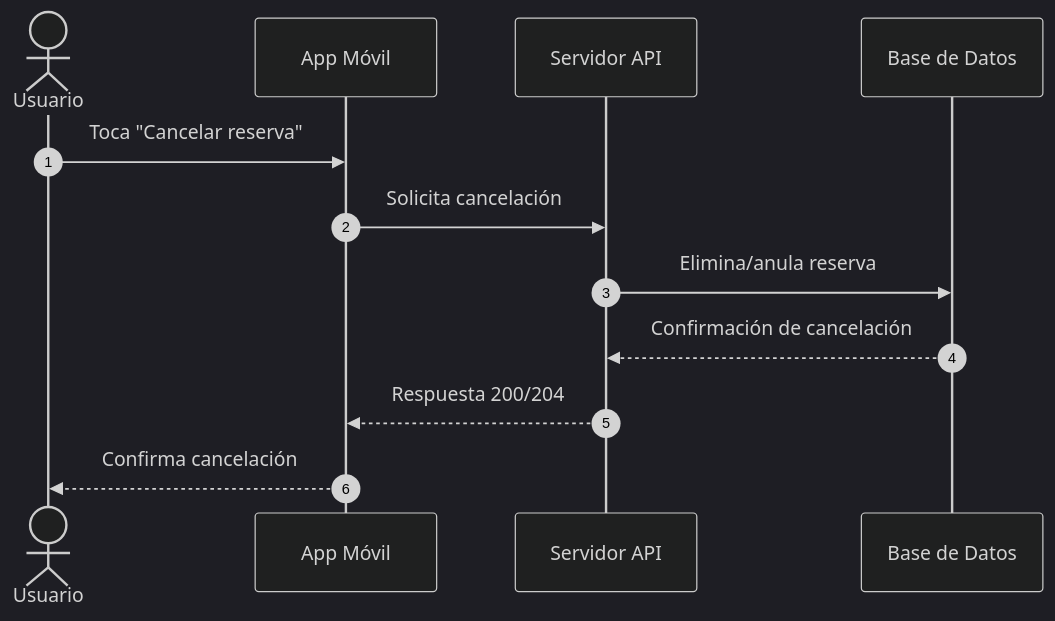
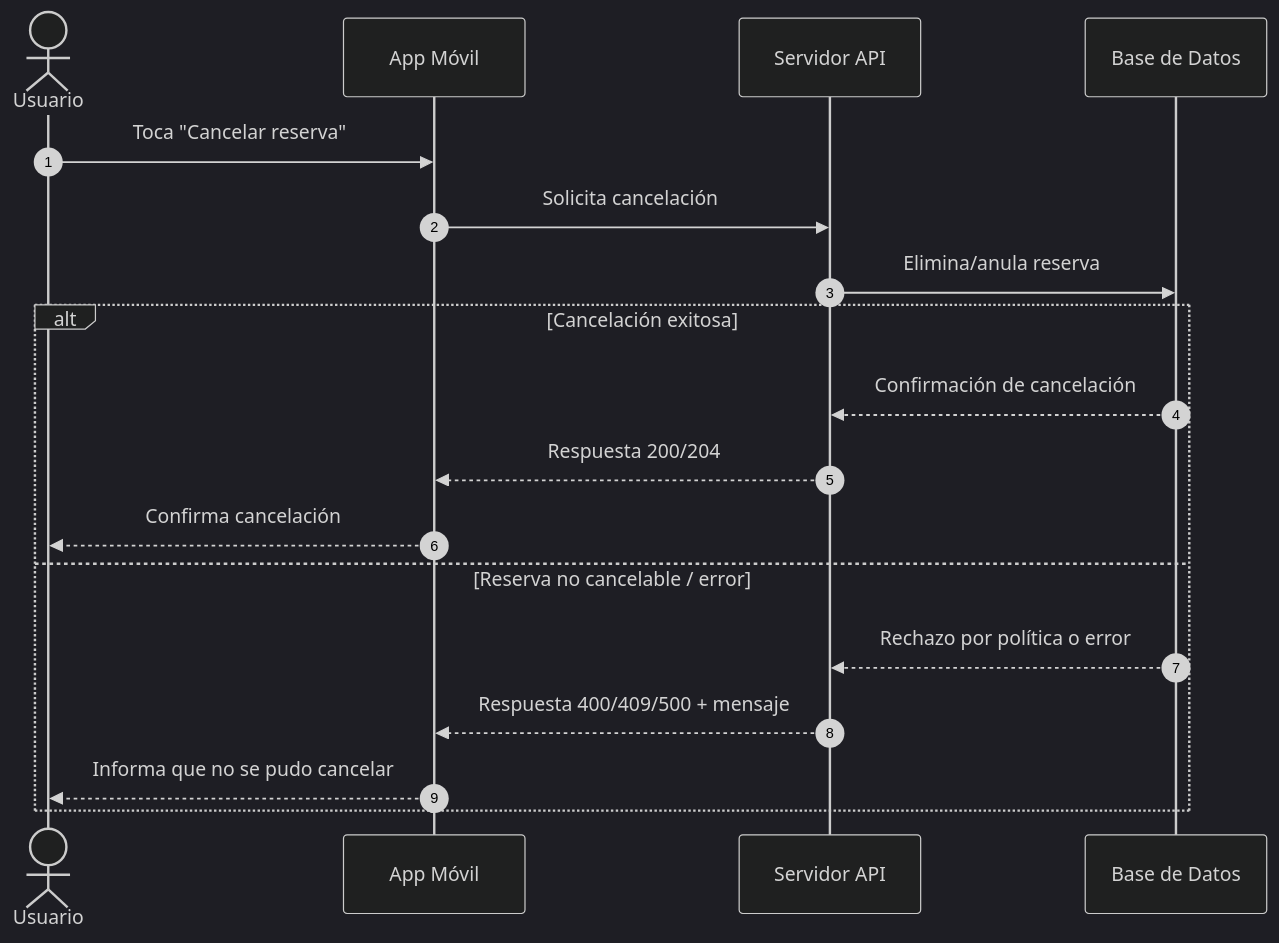
The ninth of 12 diagrams in docs/SEQUENCE_DIAGRAMS.md (asobrados03/HumanPerformApp), drawn with Mermaid (dark theme) before and after one commit. The commit also changed other lines of this file, not shown here.

Commit message:
docs: agrega unhappy paths en diagramas de secuencia

````diff
--- a/docs/SEQUENCE_DIAGRAMS.md
+++ b/docs/SEQUENCE_DIAGRAMS.md
@@ -153,15 +201,21 @@
 ```mermaid
 sequenceDiagram
     autonumber
     actor U as Usuario
     participant APP as App Móvil
     participant API as Servidor API
     participant DB as Base de Datos
 
     U->>APP: Toca "Cancelar reserva"
     APP->>API: Solicita cancelación
     API->>DB: Elimina/anula reserva
-    DB-->>API: Confirmación de cancelación
-    API-->>APP: Respuesta 200/204
-    APP-->>U: Confirma cancelación
+    alt Cancelación exitosa
+        DB-->>API: Confirmación de cancelación
+        API-->>APP: Respuesta 200/204
+        APP-->>U: Confirma cancelación
+    else Reserva no cancelable / error
+        DB-->>API: Rechazo por política o error
+        API-->>APP: Respuesta 400/409/500 + mensaje
+        APP-->>U: Informa que no se pudo cancelar
+    end
 ```
````
